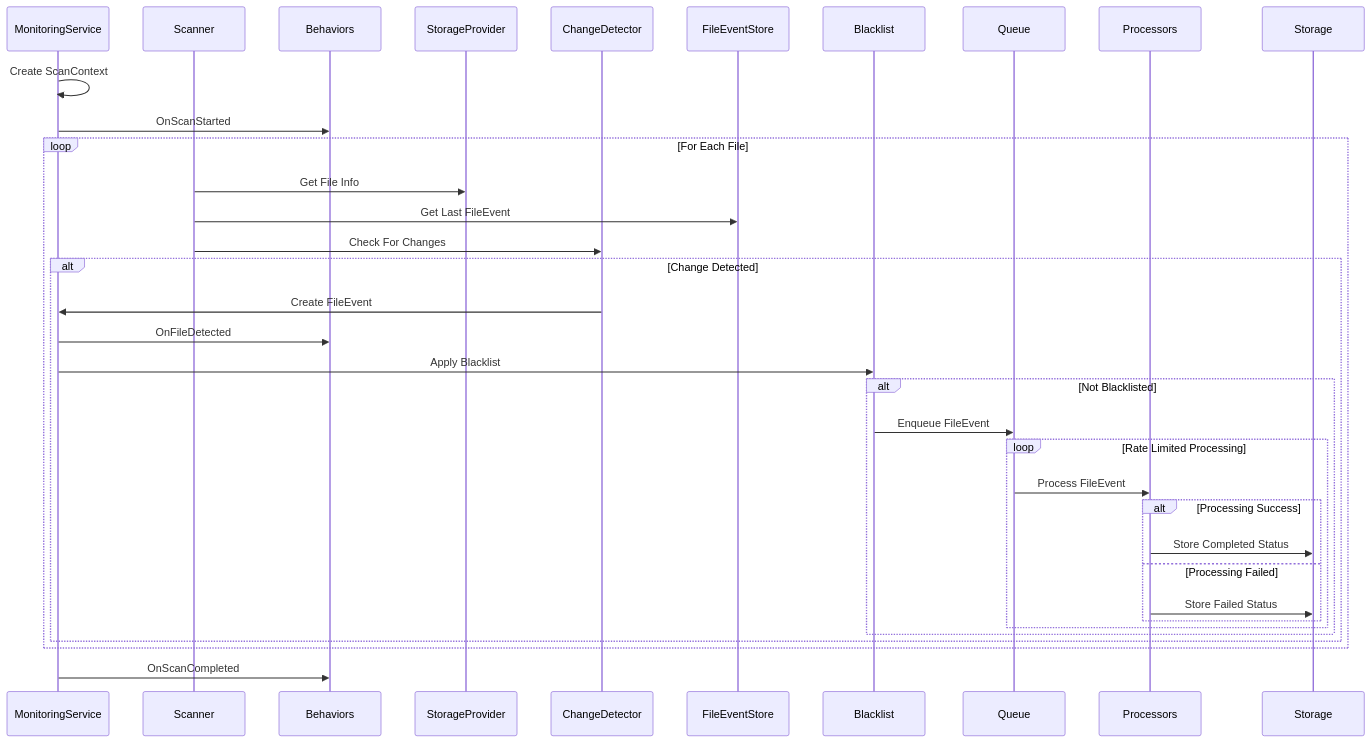
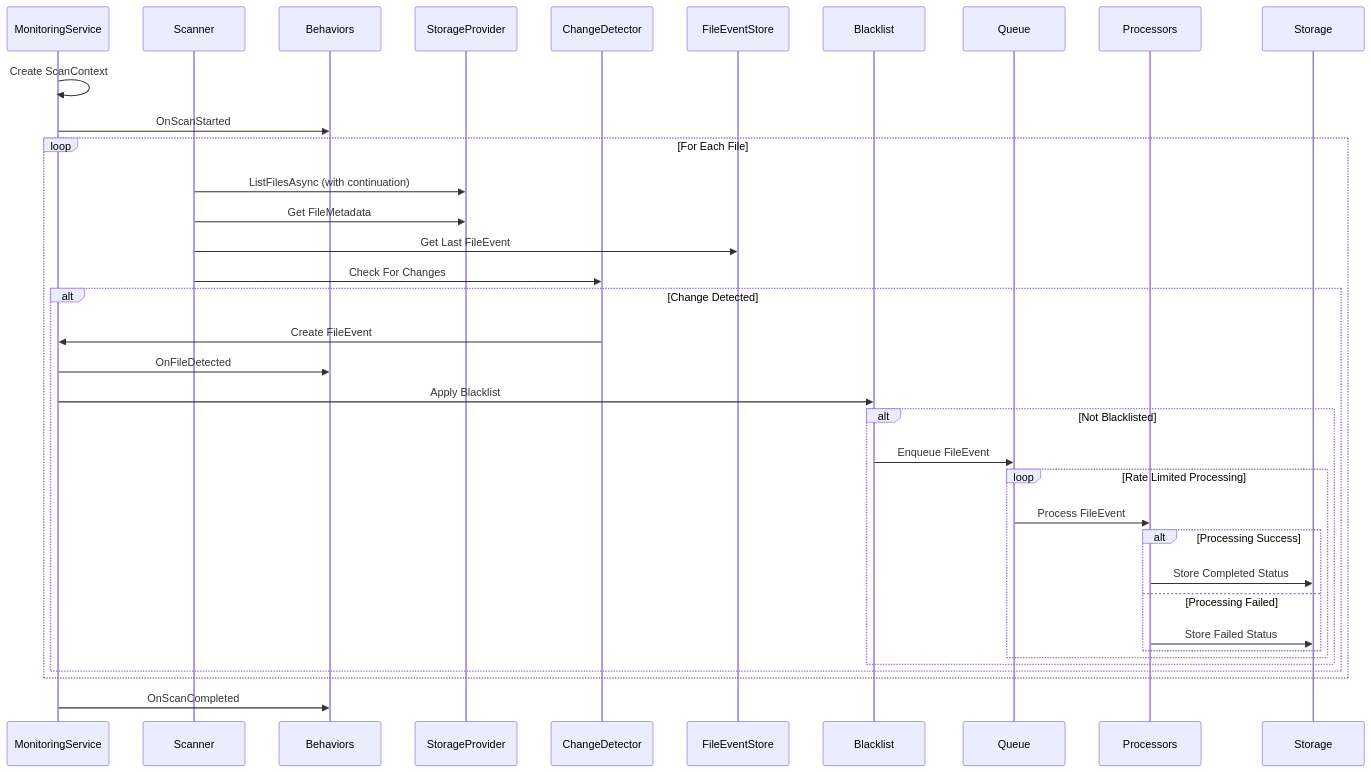
Before and after one commit to BridgingIT-GmbH/bITdevKit: the third of 3 diagrams in src/Application.Storage/Monitoring/ARCHITECTURE.md, drawn with Mermaid. The commit also changed other lines of this file and 1 other file, not shown here.

````diff
--- a/src/Application.Storage/Monitoring/ARCHITECTURE.md
+++ b/src/Application.Storage/Monitoring/ARCHITECTURE.md
@@ -206,44 +208,45 @@
 ```mermaid
 sequenceDiagram
     participant MS as MonitoringService
     participant SC as Scanner
     participant BH as Behaviors
     participant SP as StorageProvider
     participant CD as ChangeDetector
     participant ST as FileEventStore
     participant BL as Blacklist
     participant Q as Queue
     participant P as Processors
     participant S as Storage
 
     MS->>MS: Create ScanContext
     MS->>BH: OnScanStarted
 
     loop For Each File
-        SC->>SP: Get File Info
+        SC->>SP: ListFilesAsync (with continuation)
+        SC->>SP: Get FileMetadata
         SC->>ST: Get Last FileEvent
         SC->>CD: Check For Changes
 
         alt Change Detected
             CD->>MS: Create FileEvent
             MS->>BH: OnFileDetected
             MS->>BL: Apply Blacklist
 
             alt Not Blacklisted
                 BL->>Q: Enqueue FileEvent
 
                 loop Rate Limited Processing
                     Q->>P: Process FileEvent
 
                     alt Processing Success
                         P->>S: Store Completed Status
                     else Processing Failed
                         P->>S: Store Failed Status
                     end
                 end
             end
         end
     end
 
     MS->>BH: OnScanCompleted
 ```
````
